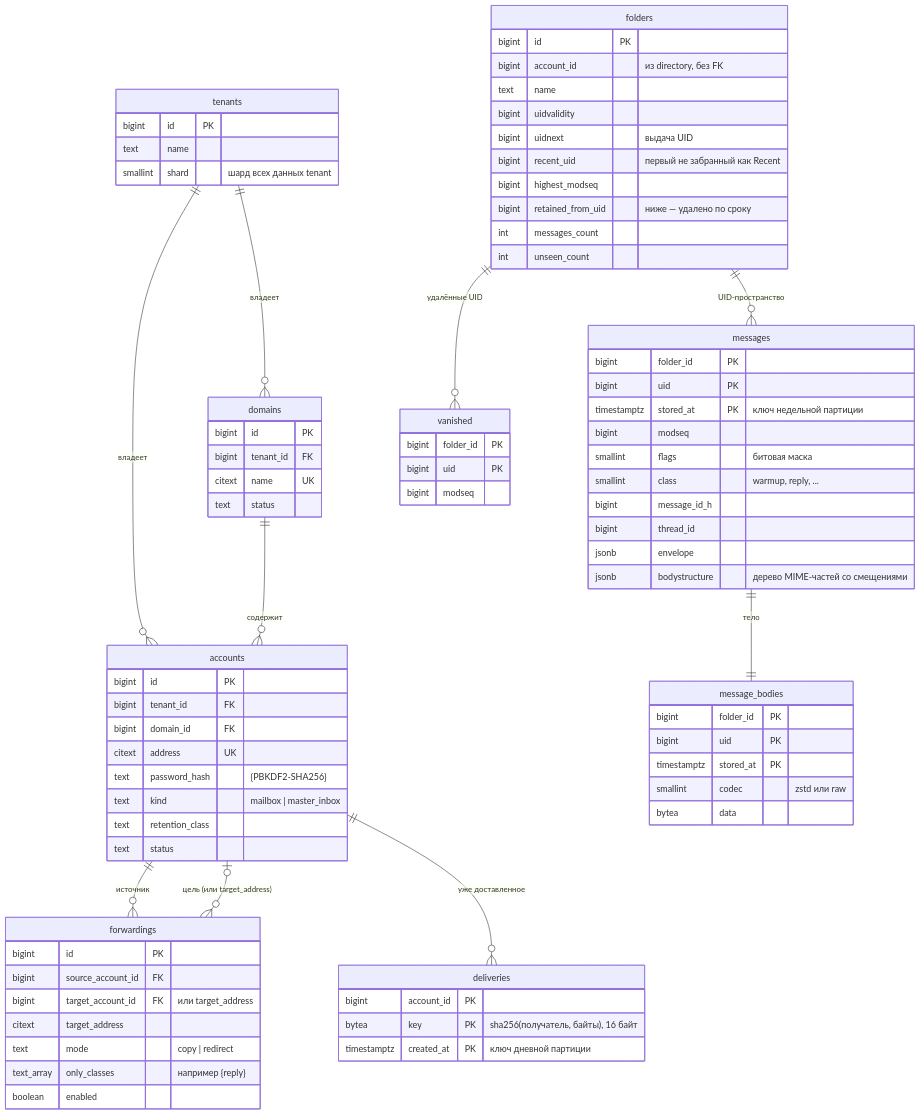
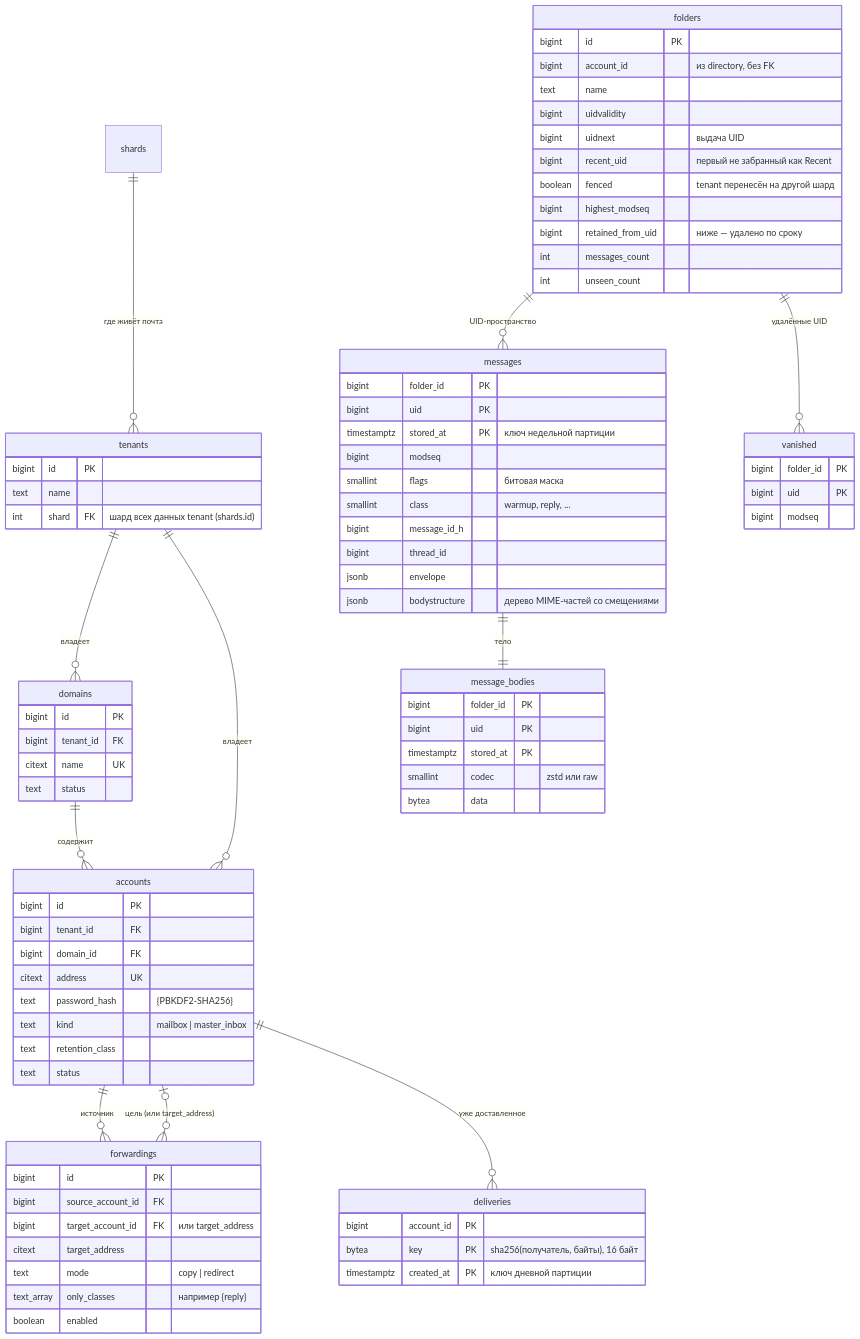
One commit to ichi404gh/mailstore changed the sixth of 7 diagrams in docs/architecture.md. Above: the diagram before and after it, drawn with Mermaid. The commit also changed other lines of this file and 43 other files, not shown here.

```diff
--- a/docs/architecture.md
+++ b/docs/architecture.md
@@ -237,7 +237,7 @@
   tenants {
     bigint id PK
     text name
-    smallint shard "шард всех данных tenant"
+    int shard FK "шард всех данных tenant (shards.id)"
   }
   domains {
     bigint id PK
@@ -265,6 +265,7 @@
     boolean enabled
   }
 
+  shards ||--o{ tenants : "где живёт почта"
   folders ||--o{ messages : "UID-пространство"
   messages ||--|| message_bodies : "тело"
   folders ||--o{ vanished : "удалённые UID"
@@ -277,6 +278,7 @@
     bigint uidvalidity
     bigint uidnext "выдача UID"
     bigint recent_uid "первый не забранный как Recent"
+    boolean fenced "tenant перенесён на другой шард"
     bigint highest_modseq
     bigint retained_from_uid "ниже — удалено по сроку"
     int messages_count
```
